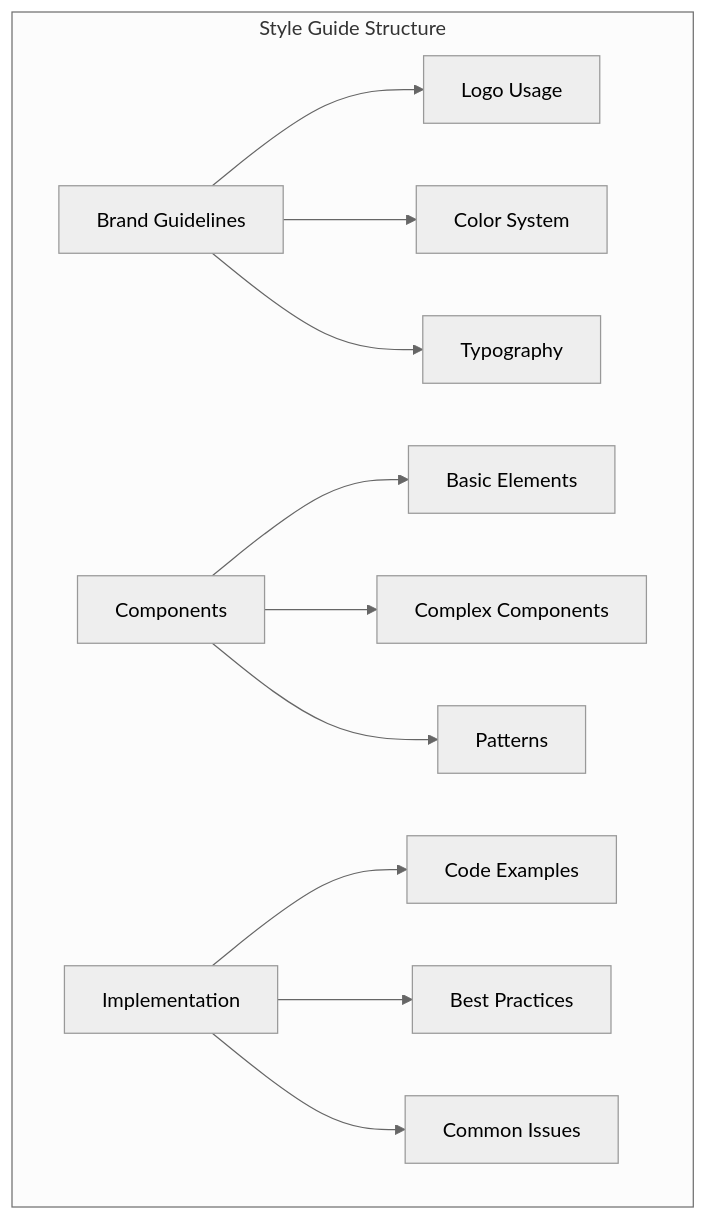
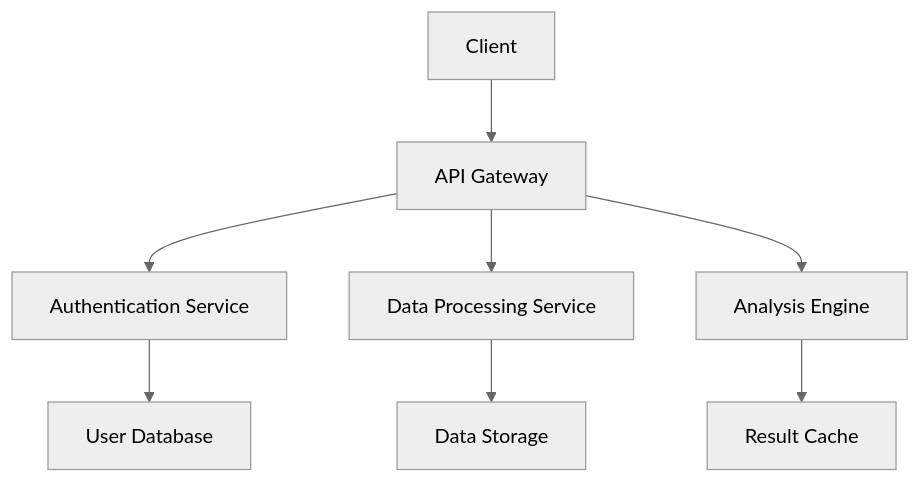
Before and after one commit to bhadkamkar9snehil/GeneralAnalyser: diagram 22 of 24 in UI_UX_DESIGN.md, drawn with Mermaid (neutral theme). The commit also changed other lines of this file and 14 other files, not shown here.

````diff
--- a/UI_UX_DESIGN.md
+++ b/UI_UX_DESIGN.md
@@ -1148,16 +1146,10 @@
 ```mermaid
 graph TD
-    subgraph Style Guide Structure
-        A[Brand Guidelines] --> B[Logo Usage]
-        A --> C[Color System]
-        A --> D[Typography]
-        
-        E[Components] --> F[Basic Elements]
-        E --> G[Complex Components]
-        E --> H[Patterns]
-        
-        I[Implementation] --> J[Code Examples]
-        I --> K[Best Practices]
-        I --> L[Common Issues]
-    end
+    A[Client] --> B[API Gateway]
+    B --> C[Authentication Service]
+    B --> D[Data Processing Service]
+    B --> E[Analysis Engine]
+    C --> F[User Database]
+    D --> G[Data Storage]
+    E --> H[Result Cache]
 ```
````
